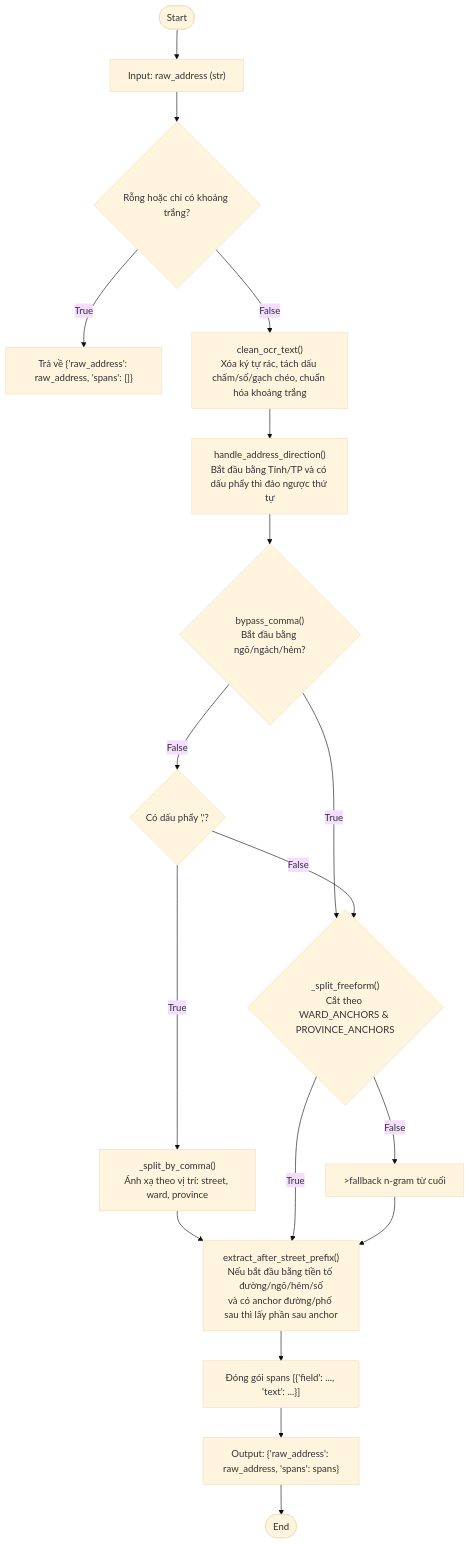
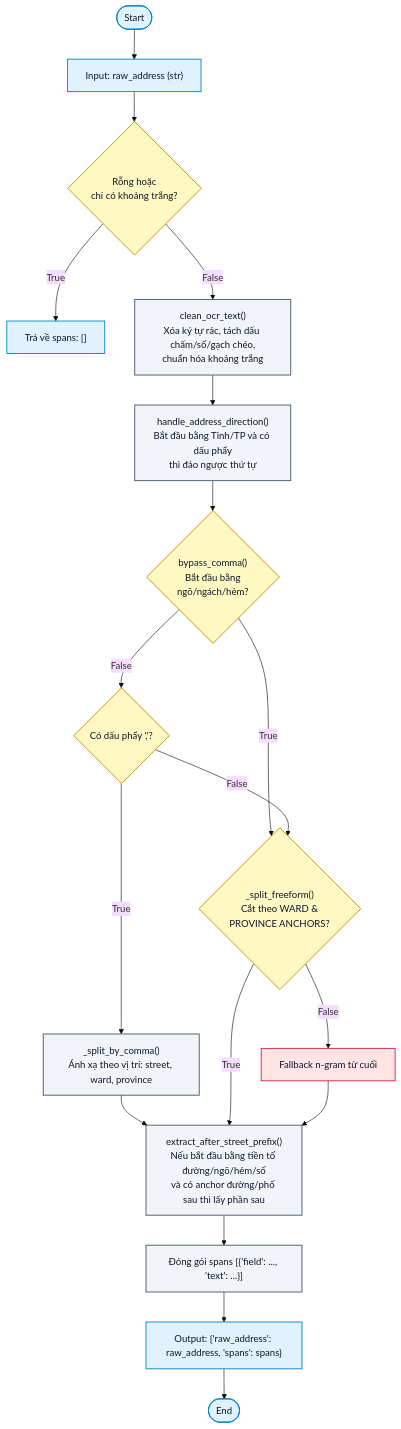
One commit to Fatman-003/Address-Segmentation--Advanced-Algorithm--Project--HCMUT changed the diagram in src/address_segmentation/README.md. Above: the diagram before and after it, drawn with Mermaid (base theme).

Commit message:
Update Flowchart - check readme file

````diff
--- a/src/address_segmentation/README.md
+++ b/src/address_segmentation/README.md
@@ -8,31 +8,30 @@
 ```mermaid
----
-config:
-  layout: gipsec
----
 flowchart TD
-    P(["Start"]) --> A
-    A["Input: raw_address (str)"] --> B{"Rỗng hoặc chỉ có khoảng trắng?"}
-    B -- "True" --> C["Trả về {'raw_address': raw_address, 'spans': []}"]
-    B -- "False" --> D["clean_ocr_text()<br/>Xóa ký tự rác, tách dấu chấm/số/gạch chéo, chuẩn hóa khoảng trắng"]
+    classDef io fill:#e0f2fe,stroke:#0284c7,stroke-width:1.5px,color:#0f172a
+    classDef diamond fill:#fef9c3,stroke:#ca8a04,stroke-width:1.5px,color:#0f172a
+    classDef proc fill:#f1f5f9,stroke:#475569,stroke-width:1.5px,color:#0f172a
+    classDef fallback fill:#ffe4e6,stroke:#e11d48,stroke-width:1.5px,color:#0f172a
 
-    D --> E["handle_address_direction()<br/>Bắt đầu bằng Tỉnh/TP và có dấu phẩy thì đảo ngược thứ tự"]
+    P(["Start"]):::io --> A["Input: raw_address (str)"]:::io
+    A --> B{"Rỗng hoặc<br/>chỉ có khoảng trắng?"}:::diamond
+    B -- "True" --> C["Trả về spans: []"]:::io
+    B -- "False" --> D["clean_ocr_text()<br/>Xóa ký tự rác, tách dấu chấm/số/gạch chéo,<br/>chuẩn hóa khoảng trắng"]:::proc
 
-    E --> F{"bypass_comma()<br/>Bắt đầu bằng ngõ/ngách/hẻm?"}
-    F -- "True" --> G{"_split_freeform()<br/>Cắt theo WARD_ANCHORS & PROVINCE_ANCHORS<br/"}
-    F -- "False" --> H{"Có dấu phẩy ','?"}
+    D --> E["handle_address_direction()<br/>Bắt đầu bằng Tỉnh/TP và có dấu phẩy<br/>thì đảo ngược thứ tự"]:::proc
 
-    H -- "True" --> I["_split_by_comma()<br/>Ánh xạ theo vị trí: street, ward, province"]
+    E --> F{"bypass_comma()<br/>Bắt đầu bằng<br/>ngõ/ngách/hẻm?"}:::diamond
+    F -- "True" --> G{"_split_freeform()<br/>Cắt theo WARD &<br/>PROVINCE ANCHORS?"}:::diamond
+    F -- "False" --> H{"Có dấu phẩy ','?"}:::diamond
+
+    H -- "True" --> I["_split_by_comma()<br/>Ánh xạ theo vị trí: street, ward, province"]:::proc
     H -- "False" --> G
 
-    I --> J["extract_after_street_prefix()<br/>Nếu bắt đầu bằng tiền tố đường/ngõ/hẻm/số<br/>và có anchor đường/phố sau thì lấy phần sau anchor"]
-    G --"True"--> J
-    G --"False"-->M[">fallback n-gram từ cuối"]
+    I --> J["extract_after_street_prefix()<br/>Nếu bắt đầu bằng tiền tố đường/ngõ/hẻm/số<br/>và có anchor đường/phố sau thì lấy phần sau"]:::proc
+    G -- "True" --> J
+    G -- "False" --> M["Fallback n-gram từ cuối"]:::fallback
+    M --> J
 
-    M-->J
-
-    J --> K["Đóng gói spans [{'field': ..., 'text': ...}]"]
-    K --> L["Output: {'raw_address': raw_address, 'spans': spans}"]
-    L --> O(["End"])
-
+    J --> K["Đóng gói spans [{'field': ..., 'text': ...}]"]:::proc
+    K --> L["Output: {'raw_address': raw_address, 'spans': spans}"]:::io
+    L --> O(["End"]):::io
    ```
````
